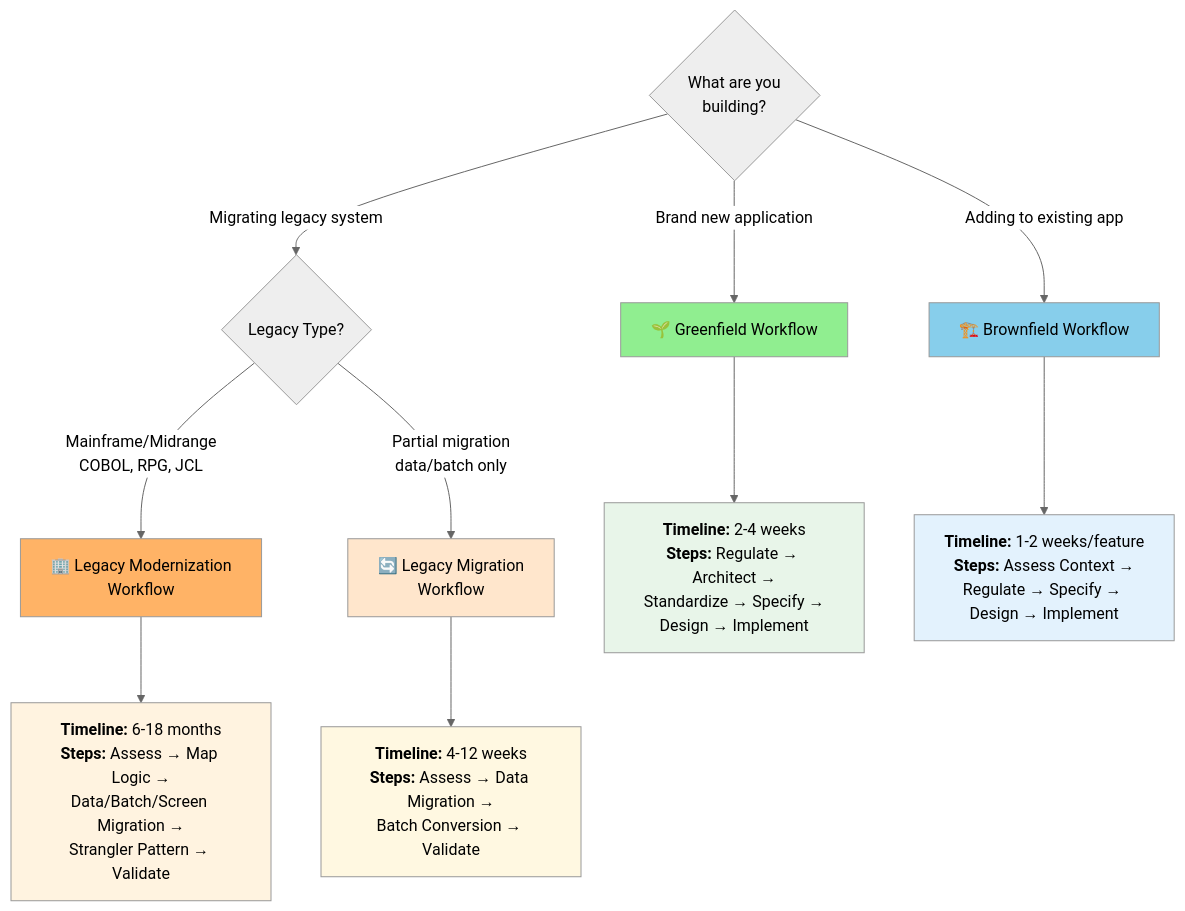
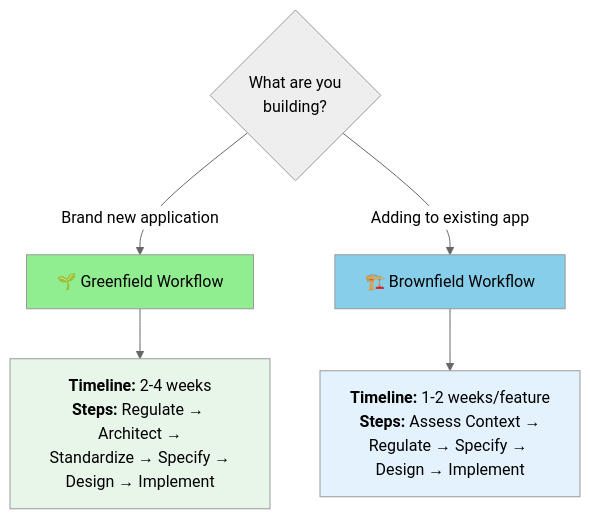
Before and after one commit to DauQuangThanh/hanoi-rainbow: the fourth of 4 diagrams in README.md, drawn with Mermaid (neutral theme). The commit also changed other lines of this file and 35 other files, not shown here.

````diff
--- a/README.md
+++ b/README.md
@@ -535,25 +507,15 @@
 ```mermaid
 flowchart TD
     Start{What are you<br/>building?}
     
     Start -->|Brand new application| GF[🌱 Greenfield Workflow]
     Start -->|Adding to existing app| BF[🏗️ Brownfield Workflow]
-    Start -->|Migrating legacy system| Legacy{Legacy Type?}
-    
-    Legacy -->|Mainframe/Midrange<br/>COBOL, RPG, JCL| LM[🏢 Legacy Modernization<br/>Workflow]
-    Legacy -->|Partial migration<br/>data/batch only| LMig[🔄 Legacy Migration<br/>Workflow]
     
     GF --> GFDesc["<b>Timeline:</b> 2-4 weeks<br/><b>Steps:</b> Regulate → Architect →<br/>Standardize → Specify →<br/>Design → Implement"]
     BF --> BFDesc["<b>Timeline:</b> 1-2 weeks/feature<br/><b>Steps:</b> Assess Context →<br/>Regulate → Specify → Design → Implement"]
-    LM --> LMDesc["<b>Timeline:</b> 6-18 months<br/><b>Steps:</b> Assess → Map Logic →<br/>Data/Batch/Screen Migration →<br/>Strangler Pattern → Validate"]
-    LMig --> LMigDesc["<b>Timeline:</b> 4-12 weeks<br/><b>Steps:</b> Assess → Data Migration →<br/>Batch Conversion → Validate"]
     
     style GF fill:#90EE90
     style BF fill:#87CEEB
-    style LM fill:#FFB366
-    style LMig fill:#FFE6CC
     style GFDesc fill:#E8F5E9
     style BFDesc fill:#E3F2FD
-    style LMDesc fill:#FFF3E0
-    style LMigDesc fill:#FFF8E1
 ```
````
